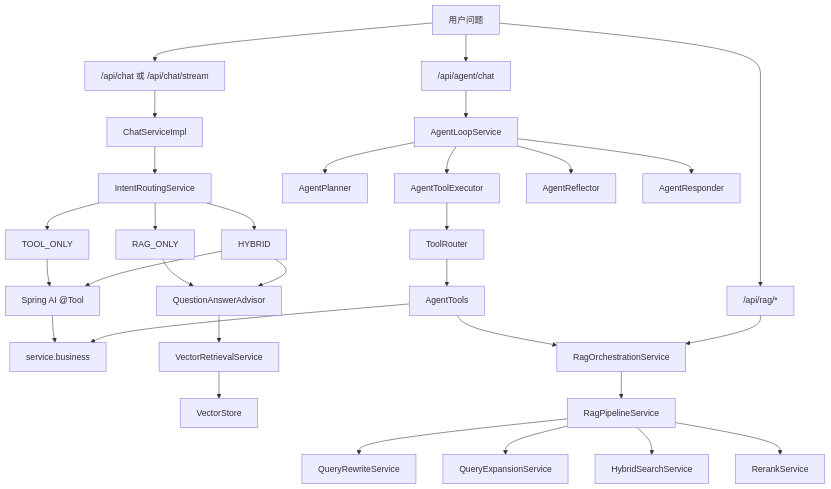
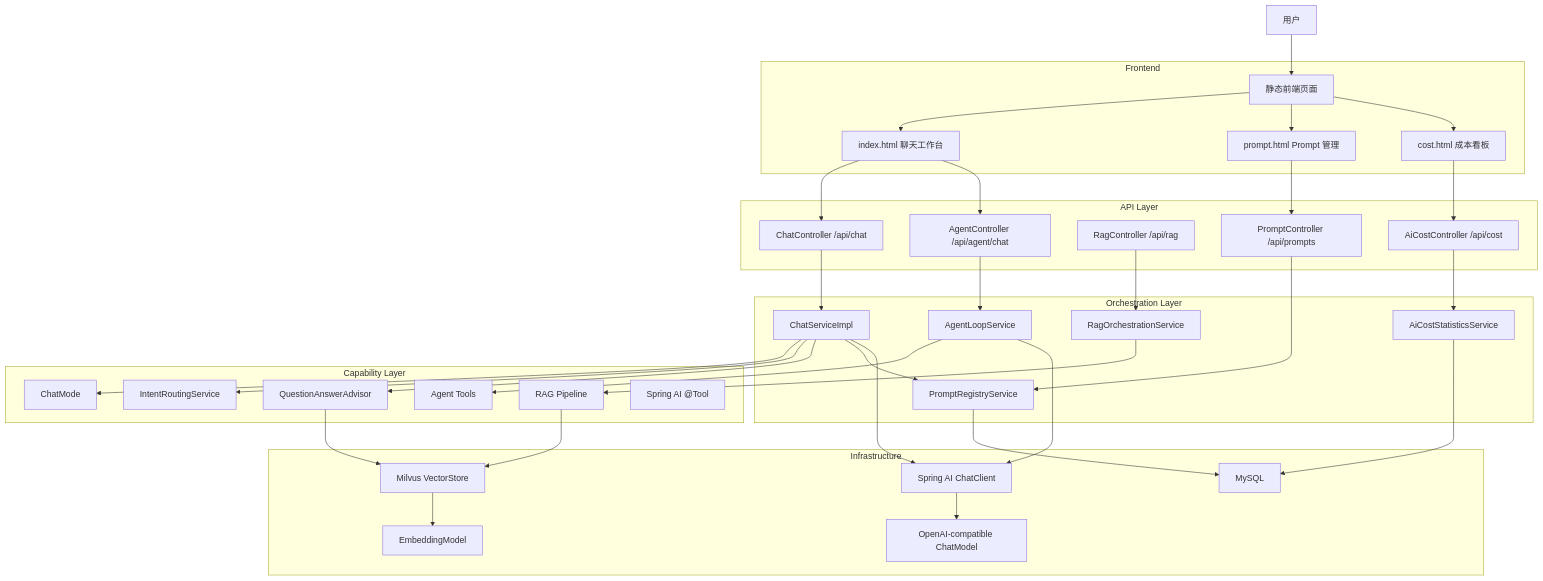
One commit to 839891627/aidevelop changed the first of 10 diagrams in docs/architecture.md. Above: the diagram before and after it, drawn with Mermaid. The commit also changed other lines of this file and 35 other files, not shown here.

````diff
--- a/docs/architecture.md
+++ b/docs/architecture.md
@@ -53,38 +15,70 @@
 ```mermaid
 flowchart TB
-  User["用户问题"] --> ChatApi["/api/chat 或 /api/chat/stream"]
-  User --> AgentApi["/api/agent/chat"]
-  User --> RagApi["/api/rag/*"]
+  User["用户"] --> StaticPages["静态前端页面"]
 
-  ChatApi --> ChatServiceImpl
+  subgraph frontend [Frontend]
+    StaticPages --> ChatPage["index.html 聊天工作台"]
+    StaticPages --> PromptPage["prompt.html Prompt 管理"]
+    StaticPages --> CostPage["cost.html 成本看板"]
+  end
+
+  subgraph api [API Layer]
+    ChatController["ChatController /api/chat"]
+    AgentController["AgentController /api/agent/chat"]
+    RagController["RagController /api/rag"]
+    PromptController["PromptController /api/prompts"]
+    CostController["AiCostController /api/cost"]
+  end
+
+  subgraph orchestration [Orchestration Layer]
+    ChatServiceImpl["ChatServiceImpl"]
+    AgentLoopService["AgentLoopService"]
+    RagOrchestrationService["RagOrchestrationService"]
+    PromptRegistryService["PromptRegistryService"]
+    AiCostStatisticsService["AiCostStatisticsService"]
+  end
+
+  subgraph capability [Capability Layer]
+    ChatMode["ChatMode"]
+    IntentRoutingService["IntentRoutingService"]
+    QuestionAnswerAdvisor["QuestionAnswerAdvisor"]
+    RagPipeline["RAG Pipeline"]
+    AgentTools["Agent Tools"]
+    SpringTools["Spring AI @Tool"]
+  end
+
+  subgraph infra [Infrastructure]
+    ChatClient["Spring AI ChatClient"]
+    ChatModel["OpenAI-compatible ChatModel"]
+    EmbeddingModel["EmbeddingModel"]
+    VectorStore["Milvus VectorStore"]
+    MySQL["MySQL"]
+  end
+
+  ChatPage --> ChatController
+  ChatPage --> AgentController
+  PromptPage --> PromptController
+  CostPage --> CostController
+
+  ChatController --> ChatServiceImpl
+  AgentController --> AgentLoopService
+  RagController --> RagOrchestrationService
+  PromptController --> PromptRegistryService
+  CostController --> AiCostStatisticsService
+
+  ChatServiceImpl --> ChatMode
   ChatServiceImpl --> IntentRoutingService
-  IntentRoutingService --> RouteTool["TOOL_ONLY"]
-  IntentRoutingService --> RouteRag["RAG_ONLY"]
-  IntentRoutingService --> RouteHybrid["HYBRID"]
+  ChatServiceImpl --> QuestionAnswerAdvisor
+  ChatServiceImpl --> PromptRegistryService
+  ChatServiceImpl --> ChatClient
 
-  RouteTool --> SpringAiTools["Spring AI @Tool"]
-  RouteRag --> QaAdvisor["QuestionAnswerAdvisor"]
-  RouteHybrid --> SpringAiTools
-  RouteHybrid --> QaAdvisor
-
-  SpringAiTools --> BusinessServices["service.business"]
-  QaAdvisor --> VectorRetrievalService
-  VectorRetrievalService --> VectorStore
-
-  AgentApi --> AgentLoopService
-  AgentLoopService --> AgentPlanner
-  AgentLoopService --> AgentToolExecutor
-  AgentLoopService --> AgentReflector
-  AgentLoopService --> AgentResponder
-  AgentToolExecutor --> ToolRouter
-  ToolRouter --> AgentTools
-  AgentTools --> BusinessServices
-  AgentTools --> RagOrchestrationService
-
-  RagApi --> RagOrchestrationService
-  RagOrchestrationService --> RagPipelineService
-  RagPipelineService --> QueryRewriteService
-  RagPipelineService --> QueryExpansionService
-  RagPipelineService --> HybridSearchService
-  RagPipelineService --> RerankService
+  AgentLoopService --> AgentTools
+  AgentLoopService --> ChatClient
+  RagOrchestrationService --> RagPipeline
+  RagPipeline --> VectorStore
+  QuestionAnswerAdvisor --> VectorStore
+  PromptRegistryService --> MySQL
+  AiCostStatisticsService --> MySQL
+  ChatClient --> ChatModel
+  VectorStore --> EmbeddingModel
 ```
````
